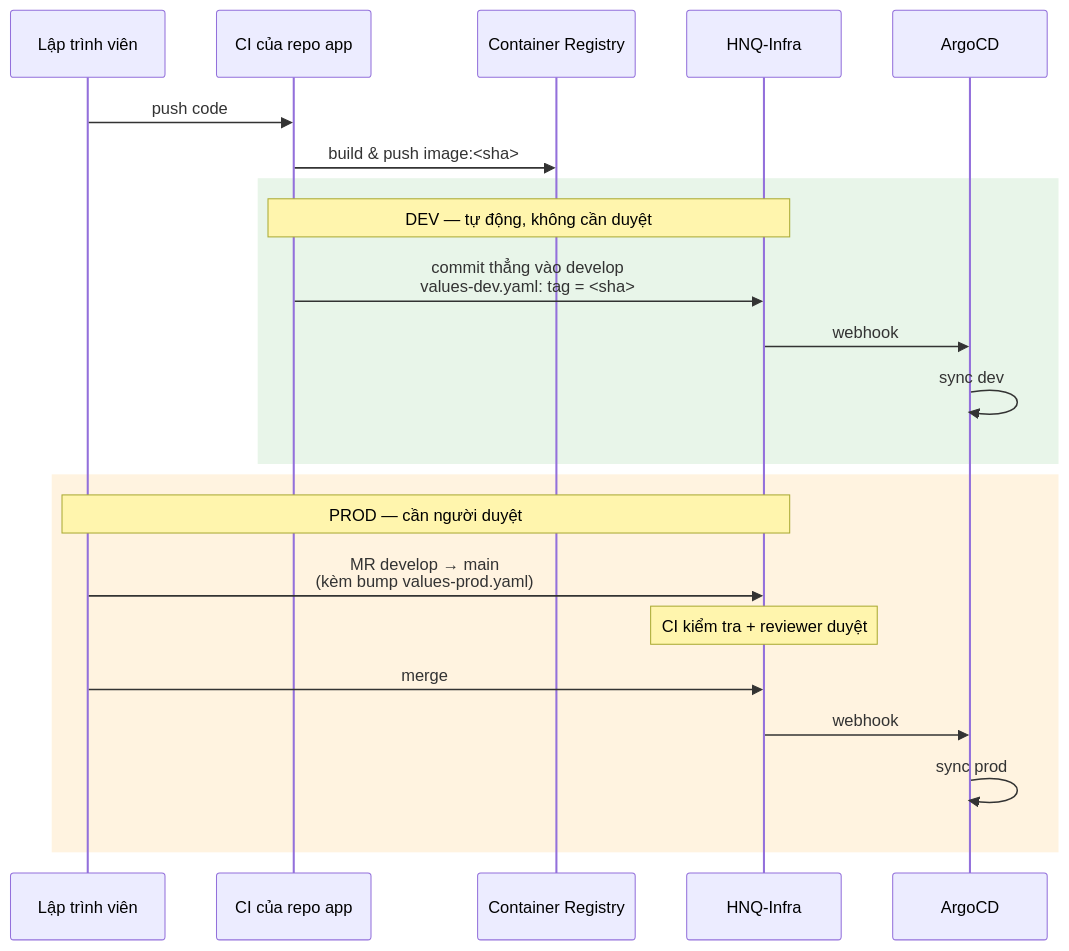
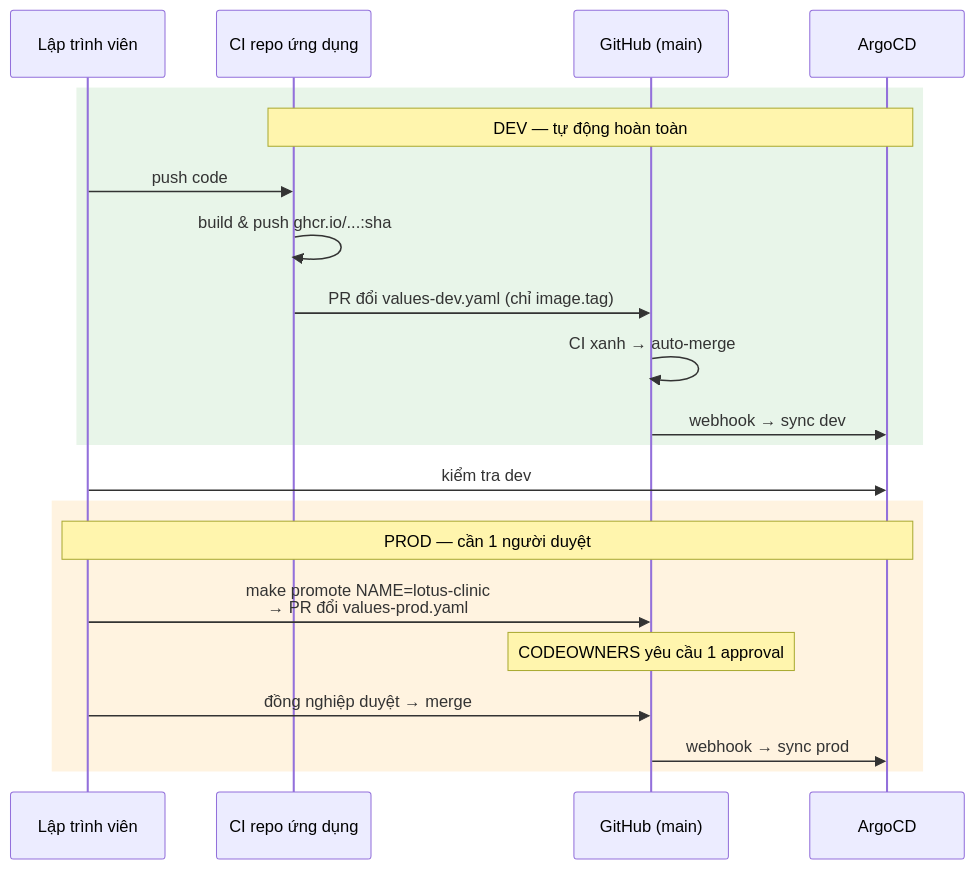
The third of 4 diagrams in docs/REFACTOR_PLAN.md (hunho247/HNQ-Infra), drawn with Mermaid before and after one commit. The commit also changed other lines of this file and 3 other files, not shown here.

````diff
--- a/docs/REFACTOR_PLAN.md
+++ b/docs/REFACTOR_PLAN.md
@@ -813,27 +495,26 @@
 ```mermaid
 sequenceDiagram
   participant D as Lập trình viên
-  participant CI as CI của repo app
-  participant R as Container Registry
-  participant I as HNQ-Infra
+  participant CI as CI repo ứng dụng
+  participant GH as GitHub (main)
   participant A as ArgoCD
 
+  rect rgb(232, 245, 233)
+  Note over CI,A: DEV — tự động hoàn toàn
   D->>CI: push code
-  CI->>R: build & push image:<sha>
-
-  rect rgb(232, 245, 233)
-  Note over CI,I: DEV — tự động, không cần duyệt
-  CI->>I: commit thẳng vào develop<br/>values-dev.yaml: tag = <sha>
-  I->>A: webhook
-  A->>A: sync dev
+  CI->>CI: build & push ghcr.io/...:sha
+  CI->>GH: PR đổi values-dev.yaml (chỉ image.tag)
+  GH->>GH: CI xanh → auto-merge
+  GH->>A: webhook → sync dev
   end
 
+  D->>A: kiểm tra dev
+
   rect rgb(255, 243, 224)
-  Note over D,I: PROD — cần người duyệt
-  D->>I: MR develop → main<br/>(kèm bump values-prod.yaml)
-  Note over I: CI kiểm tra + reviewer duyệt
-  D->>I: merge
-  I->>A: webhook
-  A->>A: sync prod
+  Note over D,A: PROD — cần 1 người duyệt
+  D->>GH: make promote NAME=lotus-clinic<br/>→ PR đổi values-prod.yaml
+  Note over GH: CODEOWNERS yêu cầu 1 approval
+  D->>GH: đồng nghiệp duyệt → merge
+  GH->>A: webhook → sync prod
   end
 ```
````
